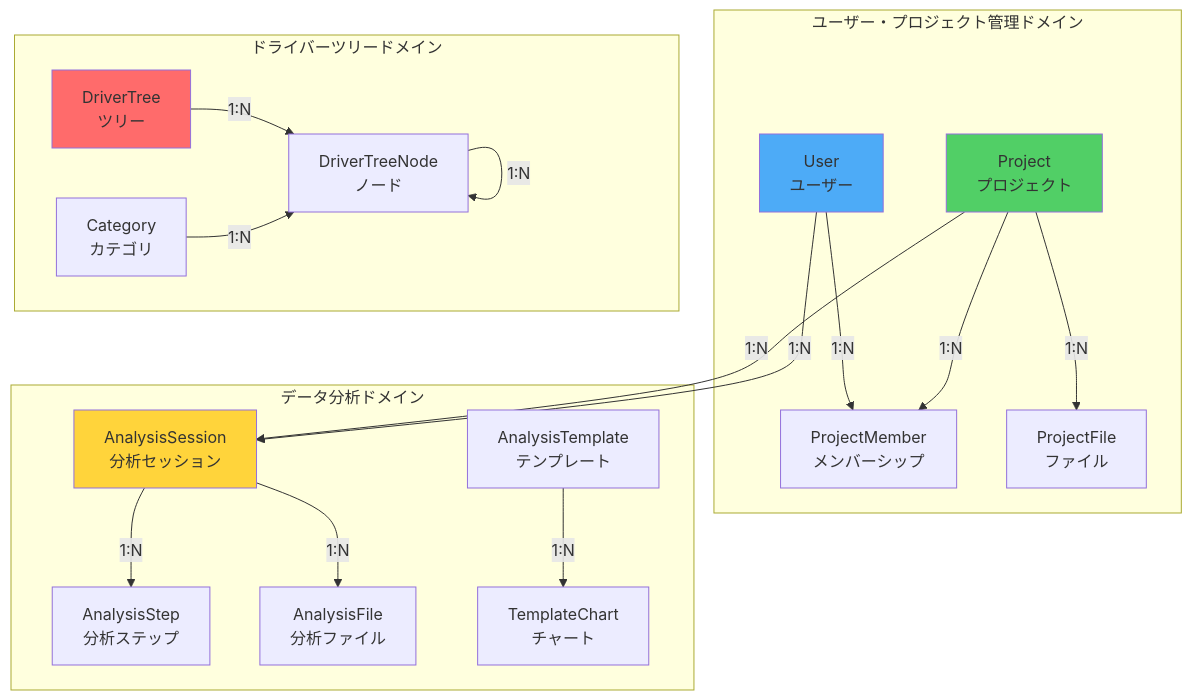
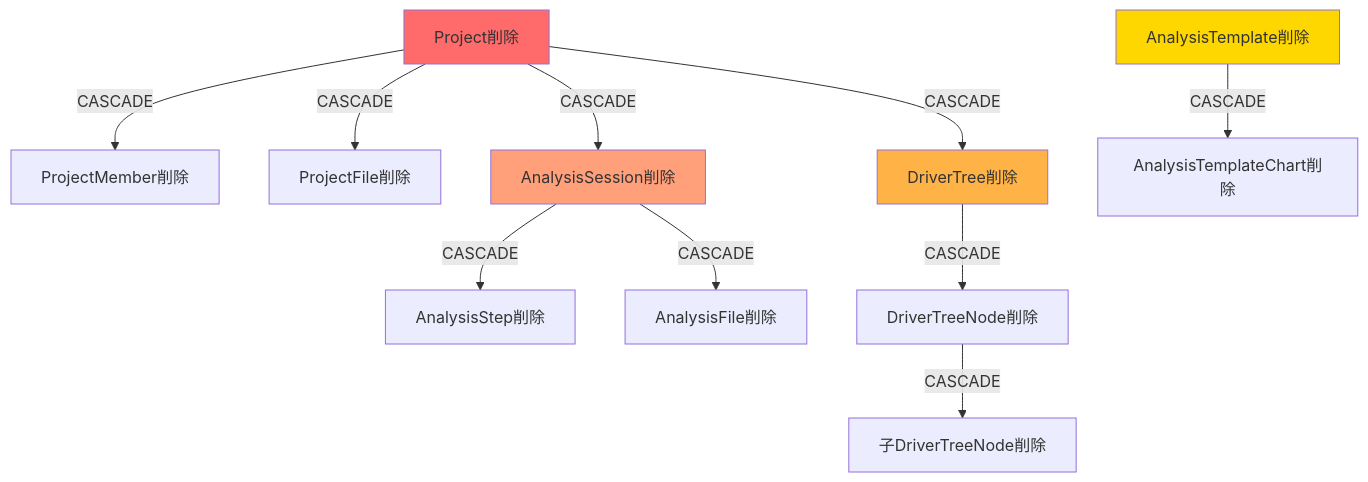
One commit to nomura-koshiro/genai-app-docs changed the fifth of 8 diagrams in docs/specifications/02-database/01-database-design.md. Above: the diagram before and after it, drawn with Mermaid. The commit also changed other lines of this file and 4 other files, not shown here.

First line of the commit message:
docs: markdownlintエラー修正とER図の詳細化

````diff
--- a/docs/specifications/02-database/01-database-design.md
+++ b/docs/specifications/02-database/01-database-design.md
@@ -669,44 +976,23 @@
 ```mermaid
 graph TB
-    subgraph "ユーザー・プロジェクト管理ドメイン"
-        User[User<br/>ユーザー]
-        Project[Project<br/>プロジェクト]
-        ProjectMember[ProjectMember<br/>メンバーシップ]
-        ProjectFile[ProjectFile<br/>ファイル]
-    end
+    Project[Project削除]
+    Project -->|CASCADE| PM[ProjectMember削除]
+    Project -->|CASCADE| PF[ProjectFile削除]
+    Project -->|CASCADE| AS[AnalysisSession削除]
+    Project -->|CASCADE| DT[DriverTree削除]
 
-    subgraph "データ分析ドメイン"
-        AnalysisSession[AnalysisSession<br/>分析セッション]
-        AnalysisStep[AnalysisStep<br/>分析ステップ]
-        AnalysisFile[AnalysisFile<br/>分析ファイル]
-        AnalysisTemplate[AnalysisTemplate<br/>テンプレート]
-        AnalysisTemplateChart[TemplateChart<br/>チャート]
-    end
+    AS -->|CASCADE| AStep[AnalysisStep削除]
+    AS -->|CASCADE| AFile[AnalysisFile削除]
 
-    subgraph "ドライバーツリードメイン"
-        DriverTree[DriverTree<br/>ツリー]
-        DriverTreeNode[DriverTreeNode<br/>ノード]
-        DriverTreeCategory[Category<br/>カテゴリ]
-    end
+    DT -->|CASCADE| DTN[DriverTreeNode削除]
 
-    User -->|1:N| ProjectMember
-    Project -->|1:N| ProjectMember
-    Project -->|1:N| ProjectFile
-    Project -->|1:N| AnalysisSession
+    DTN -->|CASCADE| DTNChild[子DriverTreeNode削除]
 
-    User -->|1:N| AnalysisSession
+    AT[AnalysisTemplate削除]
+    AT -->|CASCADE| ATC[AnalysisTemplateChart削除]
 
-    AnalysisSession -->|1:N| AnalysisStep
-    AnalysisSession -->|1:N| AnalysisFile
-
-    AnalysisTemplate -->|1:N| AnalysisTemplateChart
-
-    DriverTree -->|1:N| DriverTreeNode
-    DriverTreeNode -->|1:N| DriverTreeNode
-    DriverTreeCategory -->|1:N| DriverTreeNode
-
-    style User fill:#4dabf7
-    style Project fill:#51cf66
-    style AnalysisSession fill:#ffd43b
-    style DriverTree fill:#ff6b6b
+    style Project fill:#FF6B6B
+    style AS fill:#FFA07A
+    style DT fill:#FFB347
+    style AT fill:#FFD700
 ```
````
